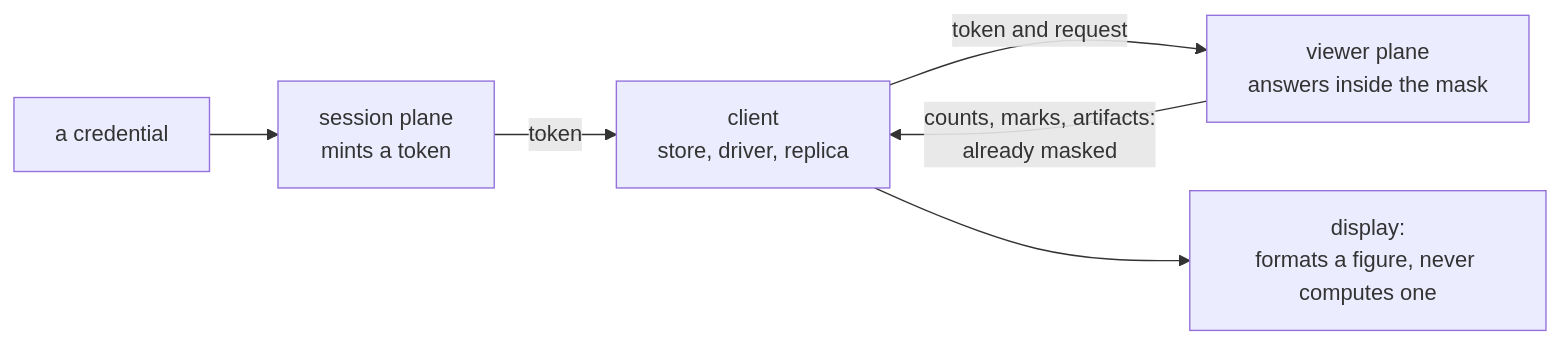
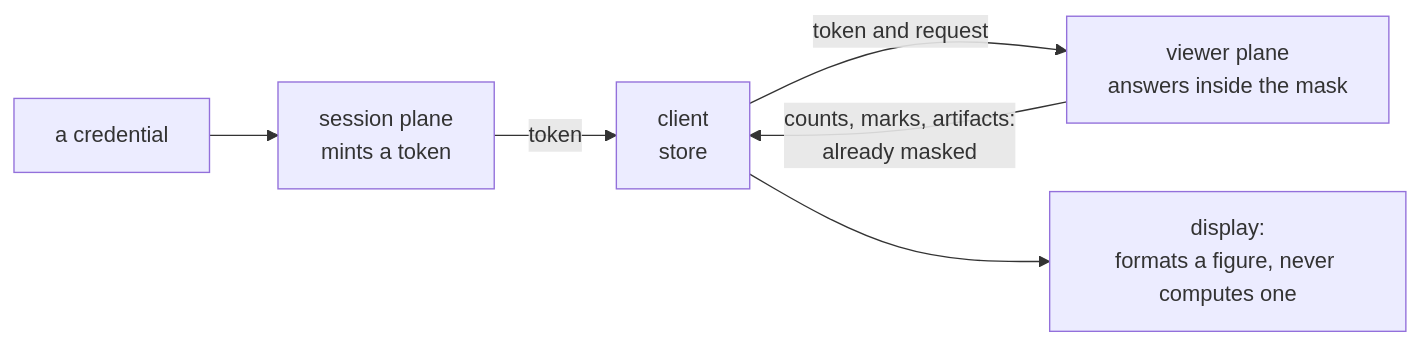
The first of 4 diagrams in docs/system/clients.md (jennis0/tesseradb), drawn with Mermaid before and after one commit. The commit also changed other lines of this file, not shown here.

````diff
--- a/docs/system/clients.md
+++ b/docs/system/clients.md
@@ -9,8 +9,8 @@
 ```mermaid
 flowchart LR
   cred["a credential"] --> session["session plane<br/>mints a token"]
-  session -- "token" --> client["client<br/>store, driver, replica"]
+  session -- "token" --> client["client<br/>store"]
   client -- "token and request" --> viewer["viewer plane<br/>answers inside the mask"]
   viewer -- "counts, marks, artifacts:<br/>already masked" --> client
   client --> display["display:<br/>formats a figure, never computes one"]
 ```
````
